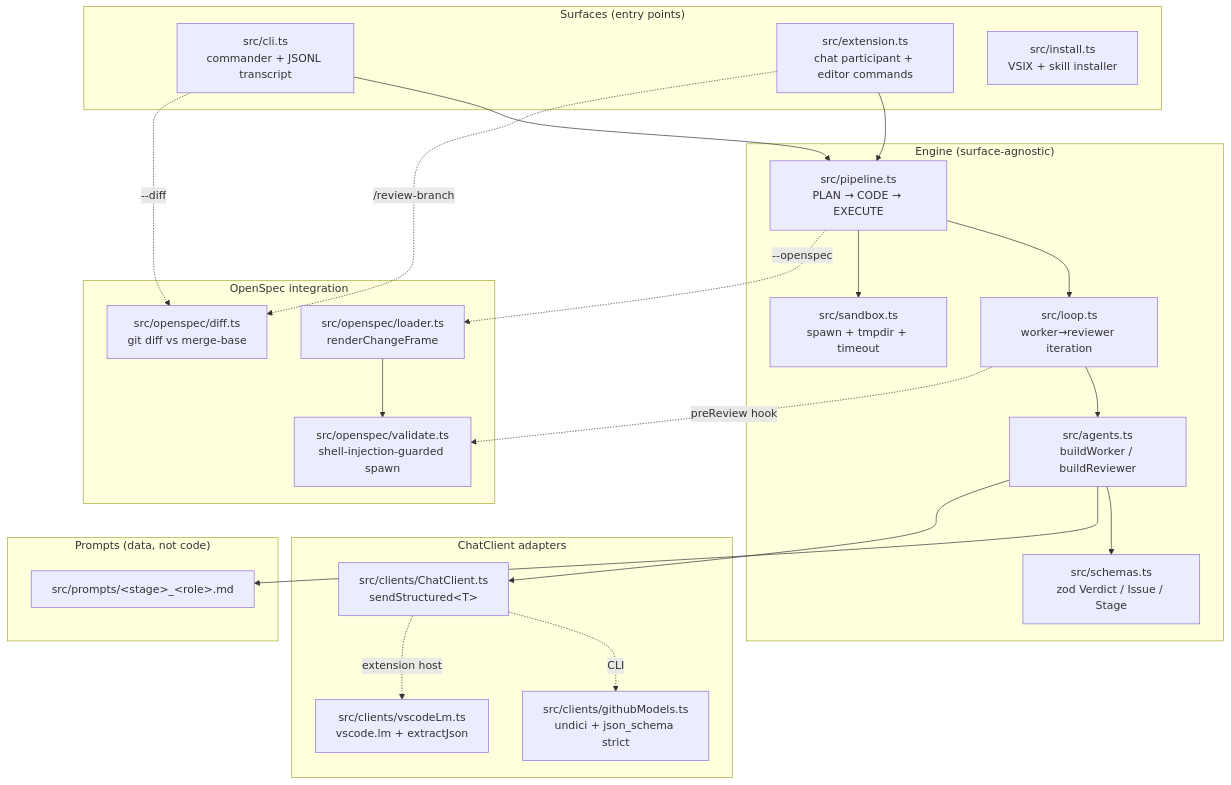
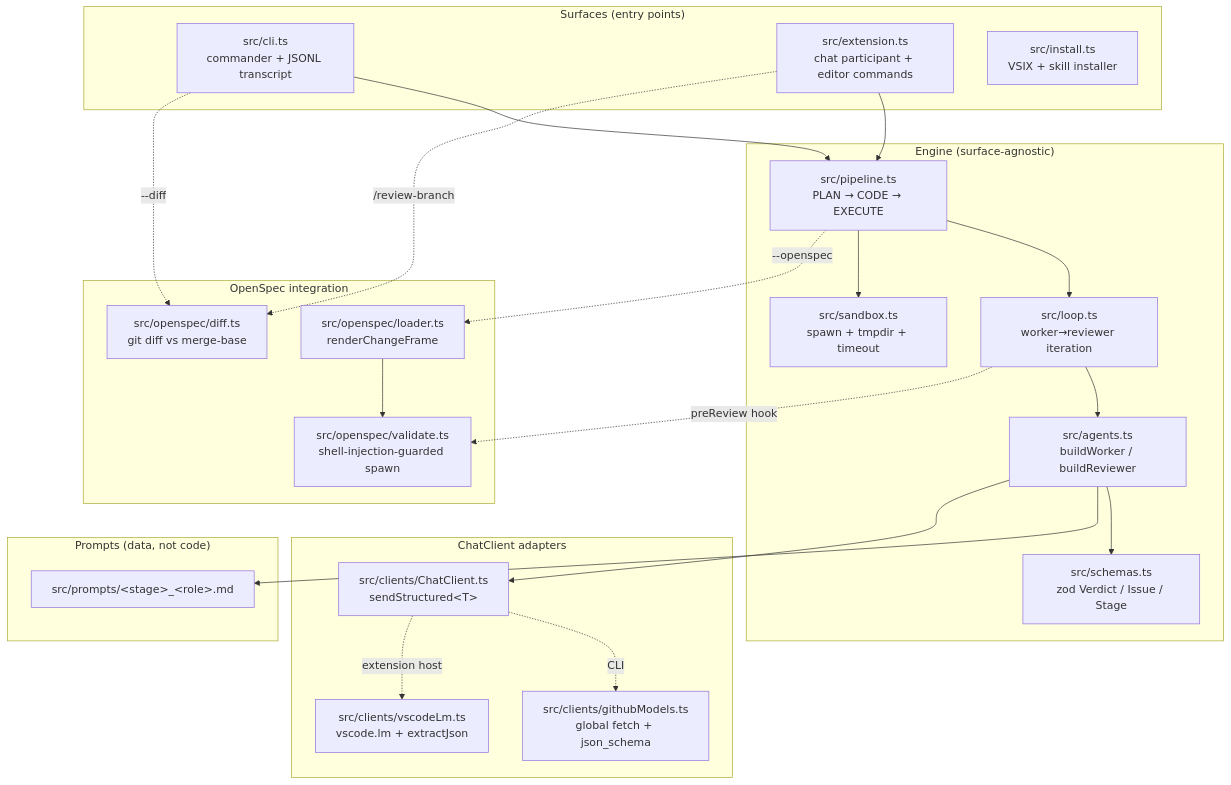
One commit to tpiironen/codecrosscheck changed the first of 6 diagrams in docs/ARCHITECTURE.md. Above: the diagram before and after it, drawn with Mermaid. The commit also changed other lines of this file and 83 other files, not shown here.

````diff
--- a/docs/ARCHITECTURE.md
+++ b/docs/ARCHITECTURE.md
@@ -25,48 +25,48 @@
 ```mermaid
 flowchart TB
   subgraph Surfaces["Surfaces (entry points)"]
     CLI["src/cli.ts<br/>commander + JSONL transcript"]
     EXT["src/extension.ts<br/>chat participant + editor commands"]
     INST["src/install.ts<br/>VSIX + skill installer"]
   end
 
   subgraph Engine["Engine (surface-agnostic)"]
     PIPE["src/pipeline.ts<br/>PLAN → CODE → EXECUTE"]
     LOOP["src/loop.ts<br/>worker→reviewer iteration"]
     AGENTS["src/agents.ts<br/>buildWorker / buildReviewer"]
     SCHEMAS["src/schemas.ts<br/>zod Verdict / Issue / Stage"]
     SANDBOX["src/sandbox.ts<br/>spawn + tmpdir + timeout"]
   end
 
   subgraph Adapters["ChatClient adapters"]
     IFACE["src/clients/ChatClient.ts<br/>sendStructured&lt;T&gt;"]
-    GH["src/clients/githubModels.ts<br/>undici + json_schema strict"]
+    GH["src/clients/githubModels.ts<br/>global fetch + json_schema"]
     VLM["src/clients/vscodeLm.ts<br/>vscode.lm + extractJson"]
   end
 
   subgraph OpenSpec["OpenSpec integration"]
     LOADER["src/openspec/loader.ts<br/>renderChangeFrame"]
     VALID["src/openspec/validate.ts<br/>shell-injection-guarded spawn"]
     DIFF["src/openspec/diff.ts<br/>git diff vs merge-base"]
   end
 
   subgraph Prompts["Prompts (data, not code)"]
     PFILES["src/prompts/&lt;stage&gt;_&lt;role&gt;.md"]
   end
 
   CLI --> PIPE
   EXT --> PIPE
   EXT -. /review-branch .-> DIFF
   CLI -. --diff .-> DIFF
   PIPE --> LOOP
   PIPE --> SANDBOX
   LOOP --> AGENTS
   AGENTS --> SCHEMAS
   AGENTS --> PFILES
   AGENTS --> IFACE
   IFACE -. CLI .-> GH
   IFACE -. extension host .-> VLM
   PIPE -. --openspec .-> LOADER
   LOOP -. preReview hook .-> VALID
   LOADER --> VALID
 ```
````
